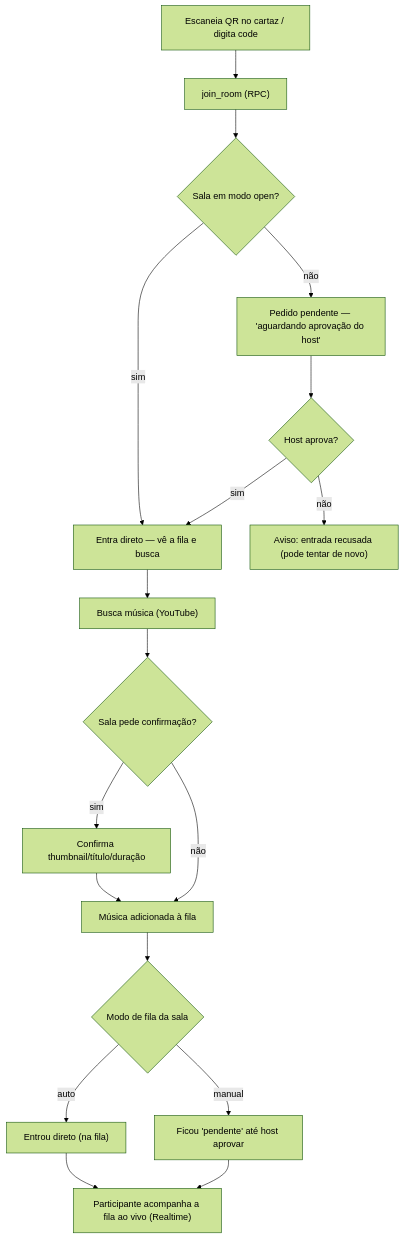
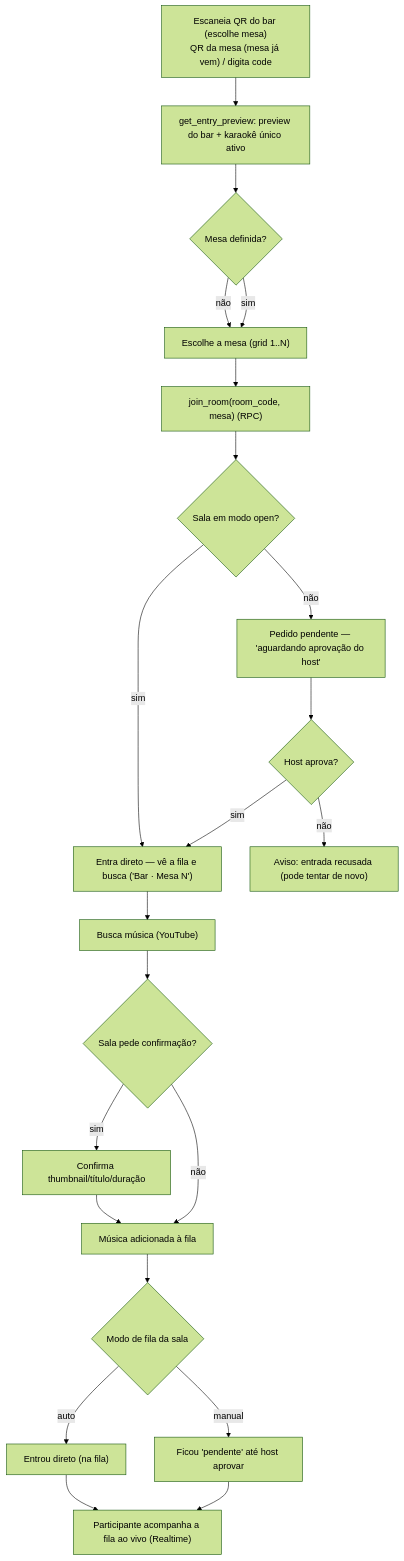
The third of 7 diagrams in docs/flows/fluxos-do-usuario.md (cavalcanteprofissional/karaoke-flow), drawn with Mermaid (forest theme) before and after one commit. The commit also changed other lines of this file and 37 other files, not shown here.

````diff
--- a/docs/flows/fluxos-do-usuario.md
+++ b/docs/flows/fluxos-do-usuario.md
@@ -51,20 +52,24 @@
 ```mermaid
 flowchart TD
-    A["Escaneia QR no cartaz / digita code"] --> B["join_room (RPC)"]
+    A["Escaneia QR do bar (escolhe mesa)<br/>QR da mesa (mesa já vem) / digita code"] --> P["get_entry_preview: preview do bar + karaokê único ativo"]
+    P --> M{"Mesa definida?"}
+    M -->|não| M1["Escolhe a mesa (grid 1..N)"]
+    M -->|sim| M1
+    M1 --> B["join_room(room_code, mesa) (RPC)"]
     B --> C{Sala em modo open?}
-    C -- sim --> D["Entra direto — vê a fila e busca"]
-    C -- não --> E["Pedido pendente — 'aguardando aprovação do host'"]
+    C -->|sim| D["Entra direto — vê a fila e busca ('Bar · Mesa N')"]
+    C -->|não| E["Pedido pendente — 'aguardando aprovação do host'"]
     E --> F{Host aprova?}
-    F -- sim --> D
-    F -- não --> G["Aviso: entrada recusada (pode tentar de novo)"]
+    F -->|sim| D
+    F -->|não| G["Aviso: entrada recusada (pode tentar de novo)"]
     D --> H["Busca música (YouTube)"]
     H --> I{Sala pede confirmação?}
-    I -- sim --> J["Confirma thumbnail/título/duração"]
+    I -->|sim| J["Confirma thumbnail/título/duração"]
     J --> K["Música adicionada à fila"]
-    I -- não --> K
+    I -->|não| K
     K --> L{Modo de fila da sala}
-    L -- auto --> M["Entrou direto (na fila)"]
-    L -- manual --> N["Ficou 'pendente' até host aprovar"]
-    M --> O["Participante acompanha a fila ao vivo (Realtime)"]
+    L -->|auto| M2["Entrou direto (na fila)"]
+    L -->|manual| N["Ficou 'pendente' até host aprovar"]
+    M2 --> O["Participante acompanha a fila ao vivo (Realtime)"]
     N --> O
 ```
````
